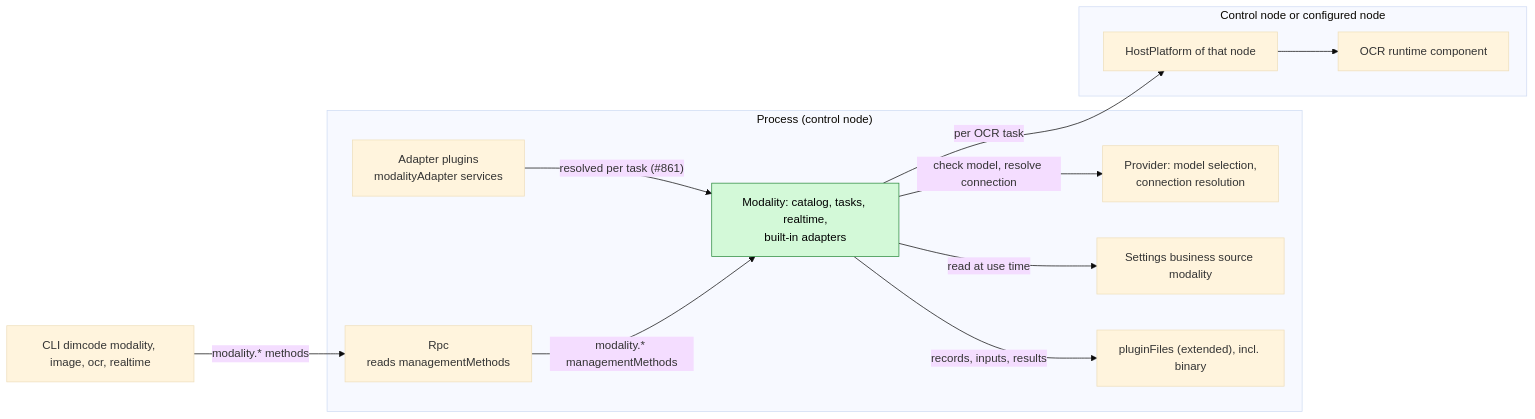
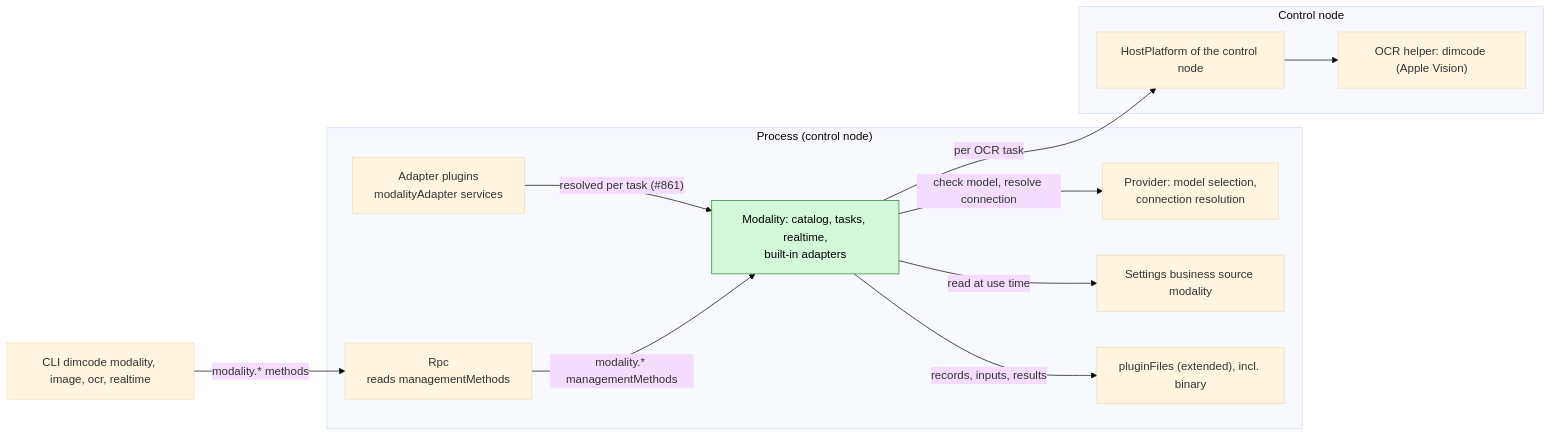
The first of 6 diagrams in docs/design/plugins/Modality.md (CoutinhoTTS/dim-agent), drawn with Mermaid (base theme) before and after one commit. The commit also changed other lines of this file and 2 other files, not shown here.

First line of the commit message:
docs(modality): replace the OCR component with host-owned targets

````diff
--- a/docs/design/plugins/Modality.md
+++ b/docs/design/plugins/Modality.md
@@ -13,25 +13,25 @@
 ```mermaid
 flowchart LR
   subgraph PROC["Process (control node)"]
     Mod["Modality: catalog, tasks, realtime,<br/>built-in adapters"]:::new
     AdPlug["Adapter plugins<br/>modalityAdapter services"]
     Rpc["Rpc<br/>reads managementMethods"]
     Prov["Provider: model selection,<br/>connection resolution"]
     Set["Settings business source modality"]
     Store["pluginFiles (extended), incl. binary"]
   end
-  subgraph NODE["Control node or configured node"]
-    HP["HostPlatform of that node"]
-    OCR["OCR runtime component"]
+  subgraph NODE["Control node"]
+    HP["HostPlatform of the control node"]
+    OCR["OCR helper: dimcode (Apple Vision)"]
   end
   CLI["CLI dimcode modality, image, ocr, realtime"]
   AdPlug -->|"resolved per task (#861)"| Mod
   Mod -->|"per OCR task"| HP
   HP --> OCR
   Mod -->|"check model, resolve connection"| Prov
   Mod -->|"records, inputs, results"| Store
   Mod -->|"read at use time"| Set
   Rpc -->|"modality.* managementMethods"| Mod
   CLI -->|"modality.* methods"| Rpc
   classDef new fill:#d3f9d8,stroke:#2b8a3e,color:#000
 ```
````
